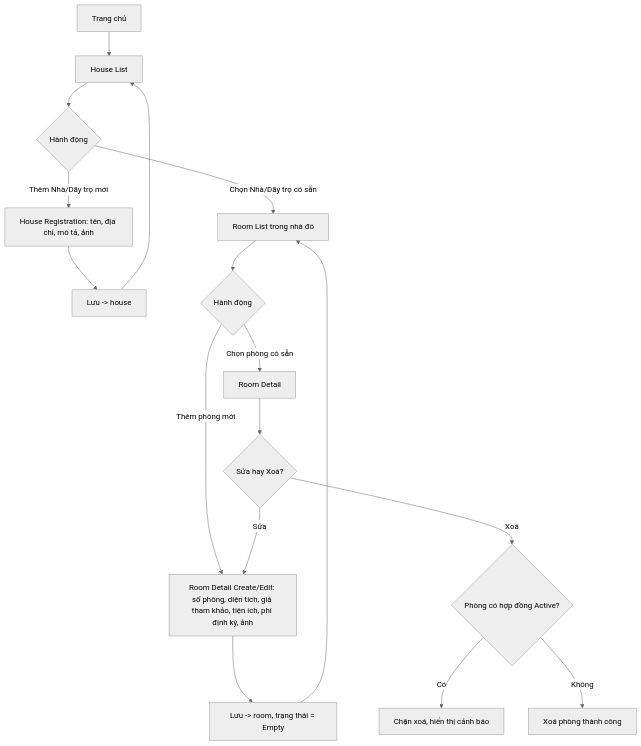
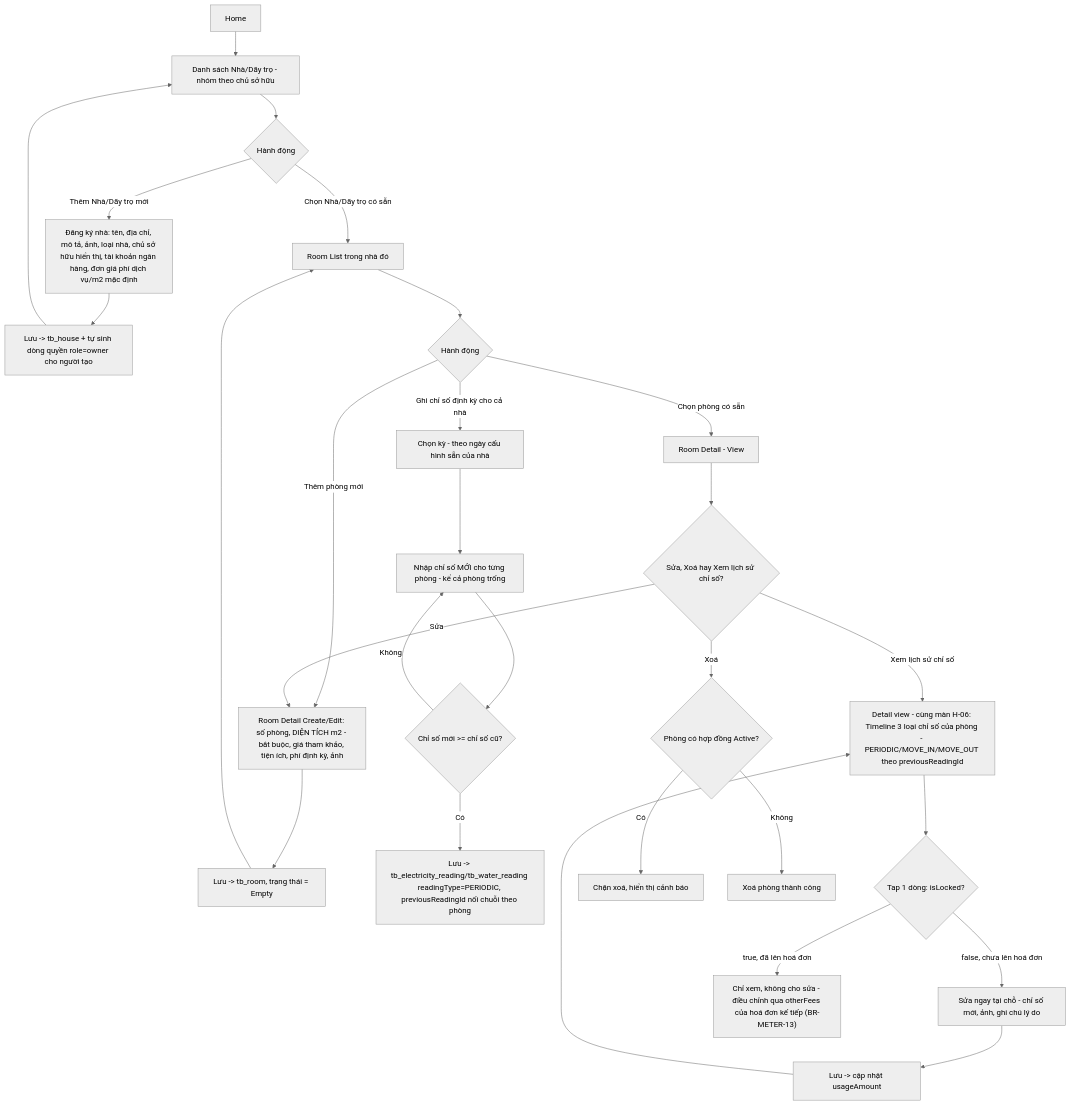
The third of 8 diagrams in docs/USER-FLOWS.md (townsoft-dev/biztown-rent), drawn with Mermaid (neutral theme) before and after one commit. The commit also changed other lines of this file and 14 other files, not shown here.

Commit message:
chỉnh sửa version 3, theo yêu cầu bỏ bảng công tơ, quy định lại mỗi phòng 1 công tơ, tính phí dịch vụ theo m2, 1 hợp đồng có thể có nhiều phòng etc

````diff
--- a/docs/USER-FLOWS.md
+++ b/docs/USER-FLOWS.md
@@ -80,19 +69,29 @@
 ```mermaid
 flowchart TD
-    A[Trang chủ] --> B[House List]
+    A[Home] --> B[Danh sách Nhà/Dãy trọ - nhóm theo chủ sở hữu]
     B --> C{Hành động}
-    C -- Thêm Nhà/Dãy trọ mới --> D[House Registration: tên, địa chỉ, mô tả, ảnh]
-    D --> E[Lưu -> house]
+    C -- Thêm Nhà/Dãy trọ mới --> D[Đăng ký nhà: tên, địa chỉ, mô tả, ảnh, loại nhà, chủ sở hữu hiển thị, tài khoản ngân hàng, đơn giá phí dịch vụ/m2 mặc định]
+    D --> E[Lưu -> tb_house + tự sinh dòng quyền role=owner cho người tạo]
     E --> B
     C -- Chọn Nhà/Dãy trọ có sẵn --> F[Room List trong nhà đó]
     F --> G{Hành động}
-    G -- Thêm phòng mới --> H[Room Detail Create/Edit: số phòng, diện tích, giá tham khảo, tiện ích, phí định kỳ, ảnh]
-    H --> I[Lưu -> room, trạng thái = Empty]
+    G -- Thêm phòng mới --> H[Room Detail Create/Edit: số phòng, DIỆN TÍCH m2 - bắt buộc, giá tham khảo, tiện ích, phí định kỳ, ảnh]
+    H --> I[Lưu -> tb_room, trạng thái = Empty]
     I --> F
-    G -- Chọn phòng có sẵn --> J[Room Detail]
-    J --> K{Sửa hay Xoá?}
-    K -- Sửa --> H
-    K -- Xoá --> L{Phòng có hợp đồng Active?}
-    L -- Có --> M[Chặn xoá, hiển thị cảnh báo]
-    L -- Không --> N[Xoá phòng thành công]
+    G -- Chọn phòng có sẵn --> J[Room Detail - View]
+    G -- Ghi chỉ số định kỳ cho cả nhà --> K[Chọn kỳ - theo ngày cấu hình sẵn của nhà]
+    K --> L[Nhập chỉ số MỚI cho từng phòng - kể cả phòng trống]
+    L --> M{Chỉ số mới >= chỉ số cũ?}
+    M -- Không --> L
+    M -- Có --> N[Lưu -> tb_electricity_reading/tb_water_reading readingType=PERIODIC, previousReadingId nối chuỗi theo phòng]
+    J --> O{Sửa, Xoá hay Xem lịch sử chỉ số?}
+    O -- Sửa --> H
+    O -- Xem lịch sử chỉ số --> P[Detail view - cùng màn H-06: Timeline 3 loại chỉ số của phòng - PERIODIC/MOVE_IN/MOVE_OUT theo previousReadingId]
+    P --> P1{Tap 1 dòng: isLocked?}
+    P1 -- false, chưa lên hoá đơn --> P2[Sửa ngay tại chỗ - chỉ số mới, ảnh, ghi chú lý do]
+    P2 --> P3[Lưu -> cập nhật usageAmount] --> P
+    P1 -- true, đã lên hoá đơn --> P4["Chỉ xem, không cho sửa - điều chỉnh qua otherFees của hoá đơn kế tiếp (BR-METER-13)"]
+    O -- Xoá --> Q{Phòng có hợp đồng Active?}
+    Q -- Có --> R[Chặn xoá, hiển thị cảnh báo]
+    Q -- Không --> S[Xoá phòng thành công]
 ```
````
